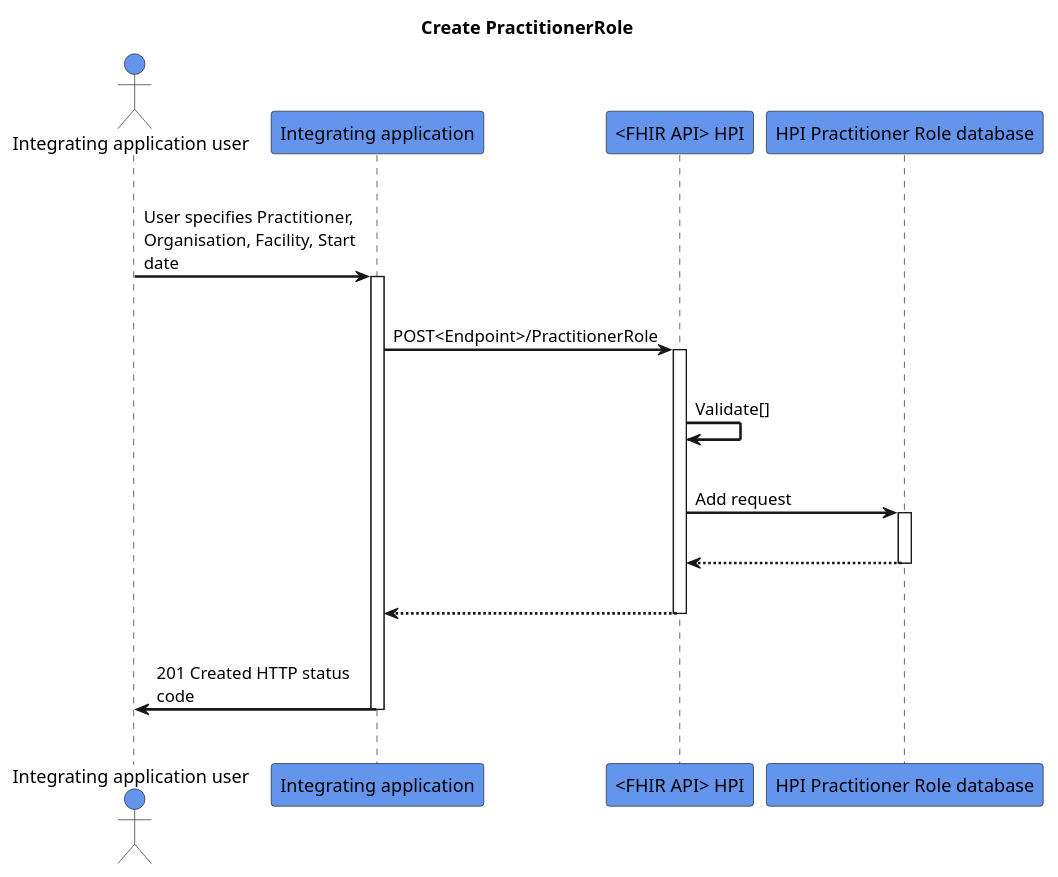
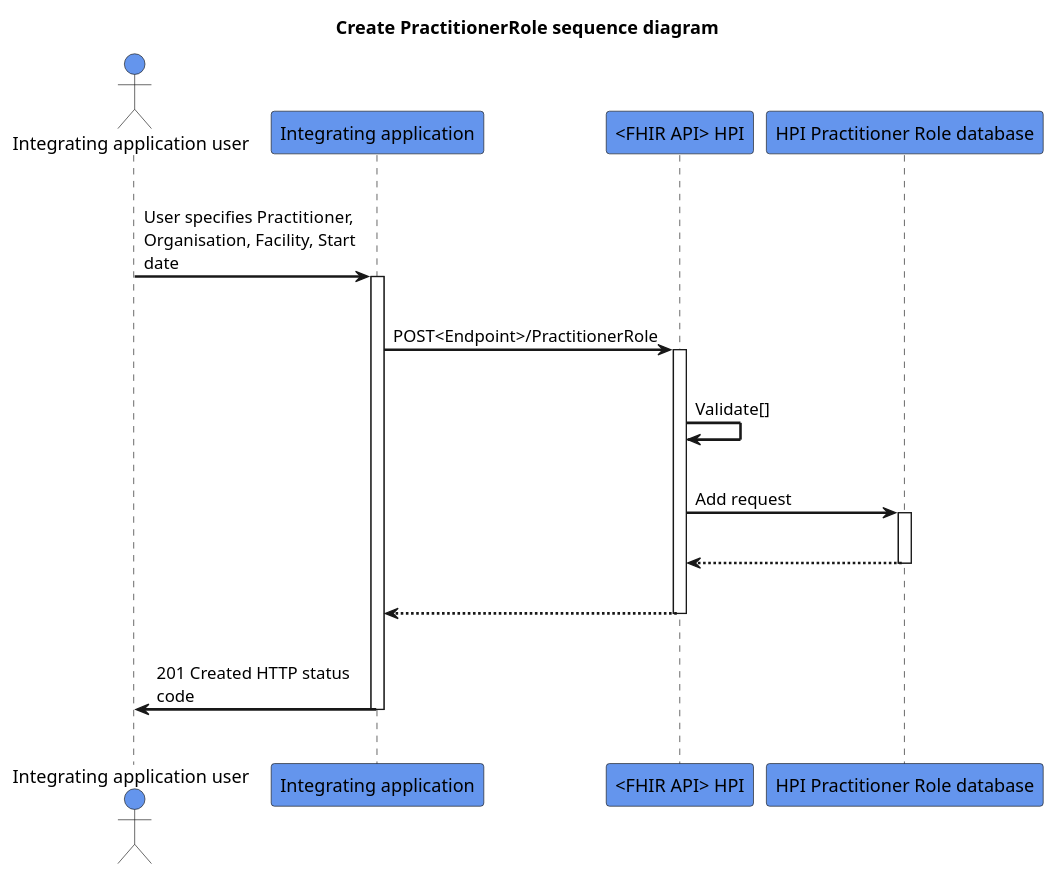
Before and after one commit to HL7NZ/hpi: the diagram in input/images-source/create-practitionerrole.plantuml, drawn with PlantUML.

```diff
--- a/input/images-source/create-practitionerrole.plantuml
+++ b/input/images-source/create-practitionerrole.plantuml
@@ -1,32 +1,32 @@
 @startuml
 skinparam sequenceArrowThickness 2
 skinparam roundcorner 5
 skinparam maxmessagesize 180
 skinparam sequenceParticipant bold
-title Create PractitionerRole
+title Create PractitionerRole sequence diagram
 actor "Integrating application user" as User #CornflowerBlue
 participant "Integrating application" as A #CornflowerBlue
 participant "<FHIR API> HPI" as B #CornflowerBlue
 participant "HPI Practitioner Role database" as C #CornflowerBlue
 |||
 User -> A: User specifies Practitioner, Organisation, Facility, Start date
 activate A
 |||
 A -> B: POST<Endpoint>/PractitionerRole
 activate B
 |||
 B -> B: Validate[]
 |||
 B -> C: Add request
 activate C
 |||
 C -[dashed]-> B:  
 deactivate C
 |||
 B -[dashed]-> A:
 deactivate B
 |||
 A -> User: 201 Created HTTP status code
 deactivate A
 |||
 @enduml
```
